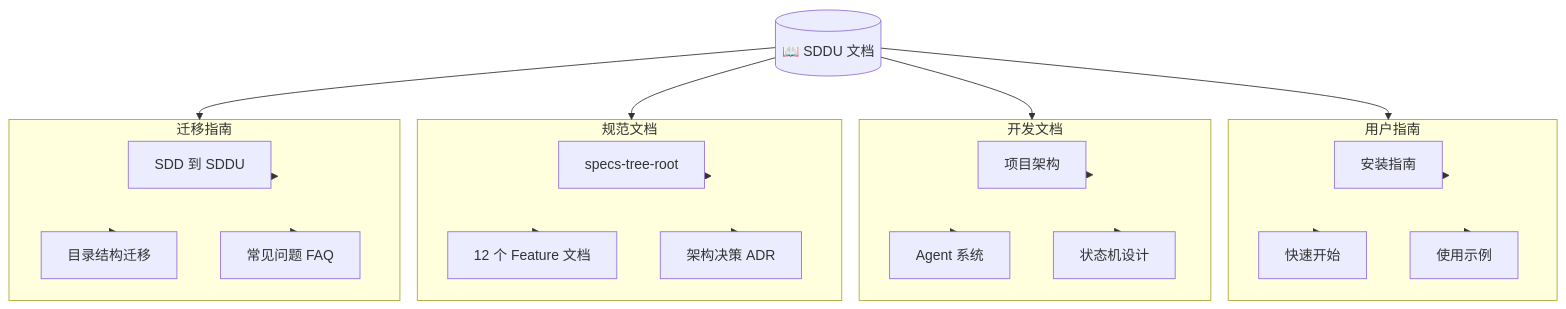
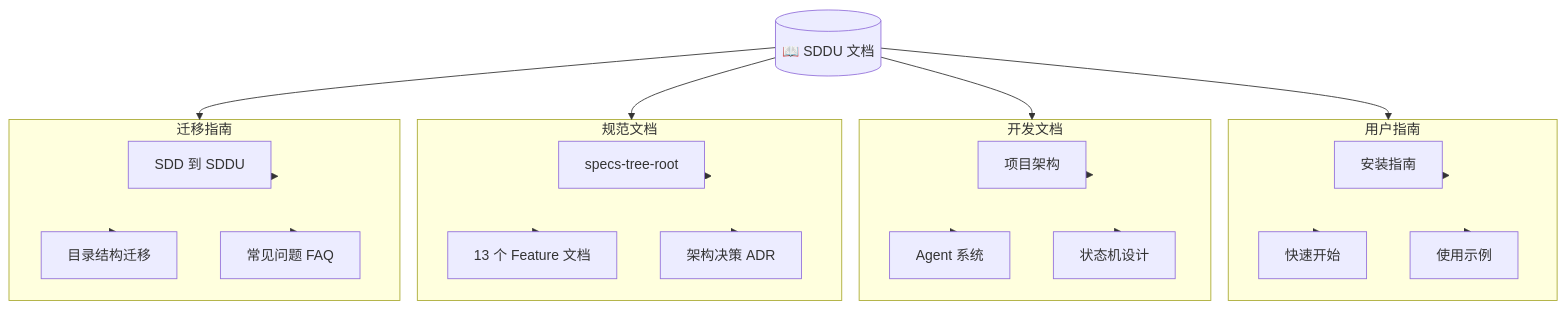
One commit to THZSummer/sddu changed the fifth of 5 diagrams in README.md. Above: the diagram before and after it, drawn with Mermaid. The commit also changed other lines of this file, not shown here.

````diff
--- a/README.md
+++ b/README.md
@@ -517,38 +523,38 @@
 ```mermaid
 flowchart TD
     root[("📖 SDDU 文档")]
     
     subgraph Guide[用户指南]
         G1[安装指南]
         G2[快速开始]
         G3[使用示例]
     end
     
     subgraph Dev[开发文档]
         D1[项目架构]
         D2[Agent 系统]
         D3[状态机设计]
     end
     
     subgraph Spec[规范文档]
         S1[specs-tree-root]
-        S2[12 个 Feature 文档]
+        S2[13 个 Feature 文档]
         S3[架构决策 ADR]
     end
     
     subgraph Mig[迁移指南]
         M1[SDD 到 SDDU]
         M2[目录结构迁移]
         M3[常见问题 FAQ]
     end
     
     root --> Guide
     root --> Dev
     root --> Spec
     root --> Mig
     
     Guide --> G1 & G2 & G3
     Dev --> D1 & D2 & D3
     Spec --> S1 & S2 & S3
     Mig --> M1 & M2 & M3
 ```
````
